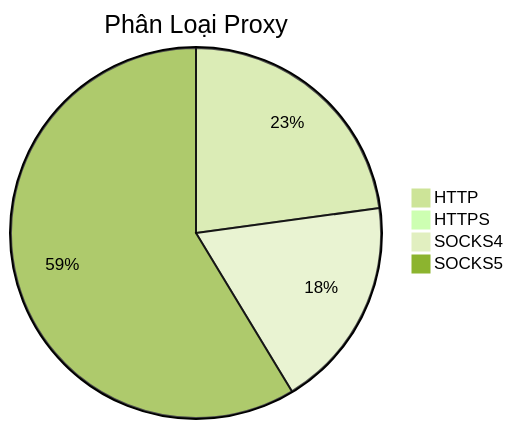
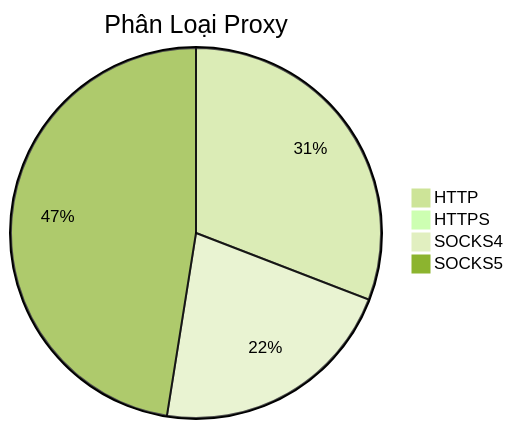
One commit to Ciara-Aa/PROXY-free changed the diagram in README.md. Above: the diagram before and after it, drawn with Mermaid (forest theme). The commit also changed other lines of this file and 4 other files, not shown here.

````diff
--- a/README.md
+++ b/README.md
@@ -26,7 +26,7 @@
 ```mermaid
 pie title Phân Loại Proxy
-    "HTTP" : 377
-    "HTTPS" : 2
-    "SOCKS4" : 305
-    "SOCKS5" : 968
+    "HTTP" : 436
+    "HTTPS" : 4
+    "SOCKS4" : 306
+    "SOCKS5" : 671
 ```
````
